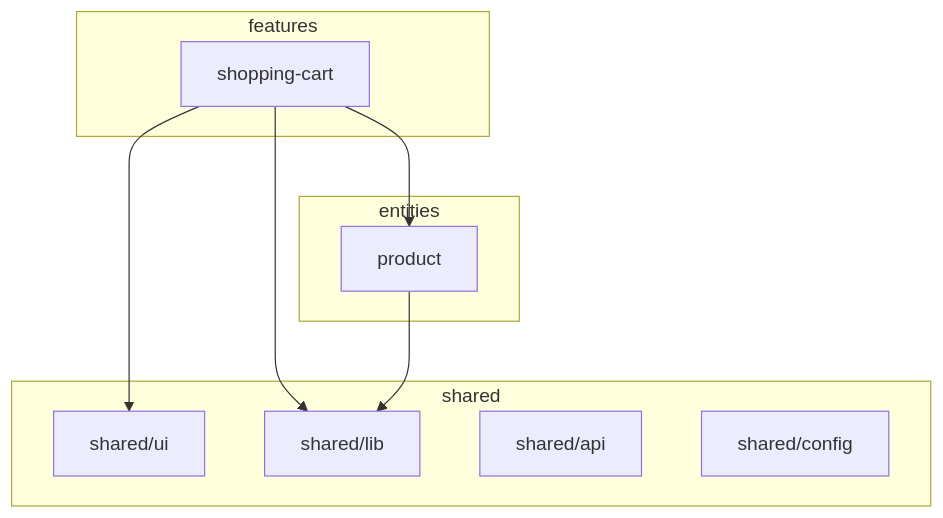
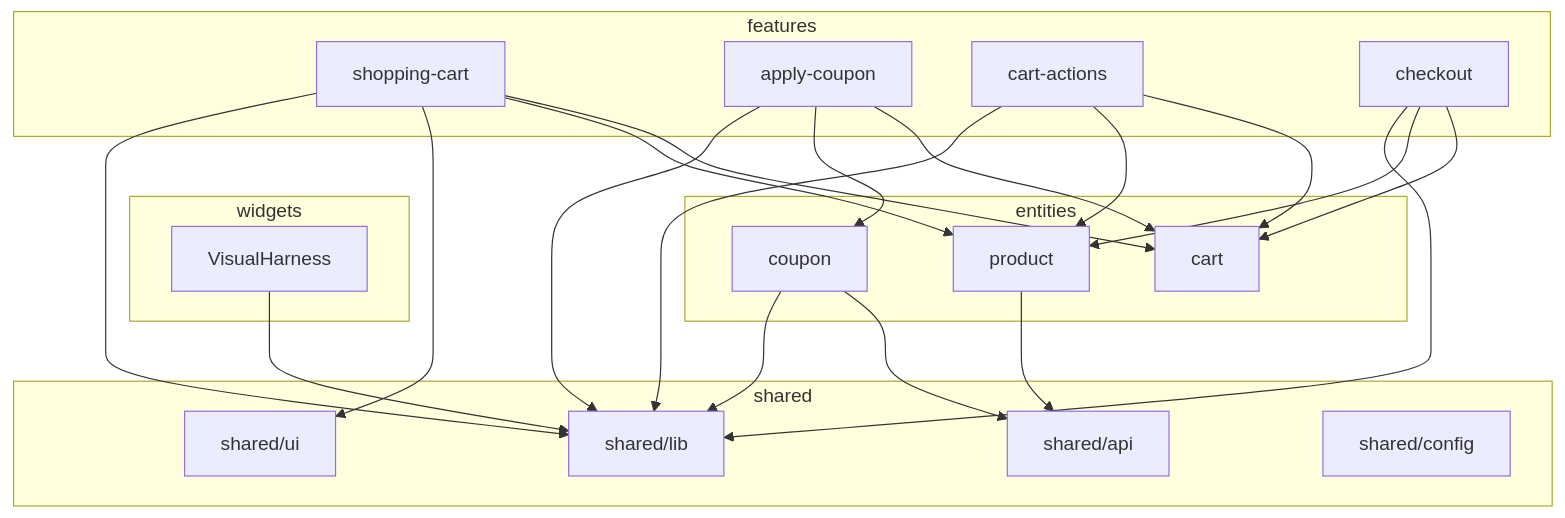
The second of 2 diagrams in ARCHITECTURE.md (PavelPetrovich87/fsd-shopping-cart), drawn with Mermaid before and after one commit.

Commit message:
Update ARCHITECTURE.md with VisualHarness, apply-coupon, cart-actions, checkout, coupon, cart slices

````diff
--- a/ARCHITECTURE.md
+++ b/ARCHITECTURE.md
@@ -99,22 +99,44 @@
 ```mermaid
 graph TD
+    subgraph widgets
+        VisualHarness
+    end
+
     subgraph features
         shopping-cart
+        apply-coupon
+        cart-actions
+        checkout
     end
 
     subgraph entities
         product
+        cart
+        coupon
     end
 
     subgraph shared
         shared/ui
         shared/lib
         shared/api
         shared/config
     end
 
+    VisualHarness --> shared/lib
+    shopping-cart --> cart
     shopping-cart --> product
     shopping-cart --> shared/ui
     shopping-cart --> shared/lib
-    product --> shared/lib
+    apply-coupon --> cart
+    apply-coupon --> coupon
+    apply-coupon --> shared/lib
+    cart-actions --> cart
+    cart-actions --> product
+    cart-actions --> shared/lib
+    checkout --> cart
+    checkout --> product
+    checkout --> shared/lib
+    product --> shared/api
+    coupon --> shared/api
+    coupon --> shared/lib
 ```
````
